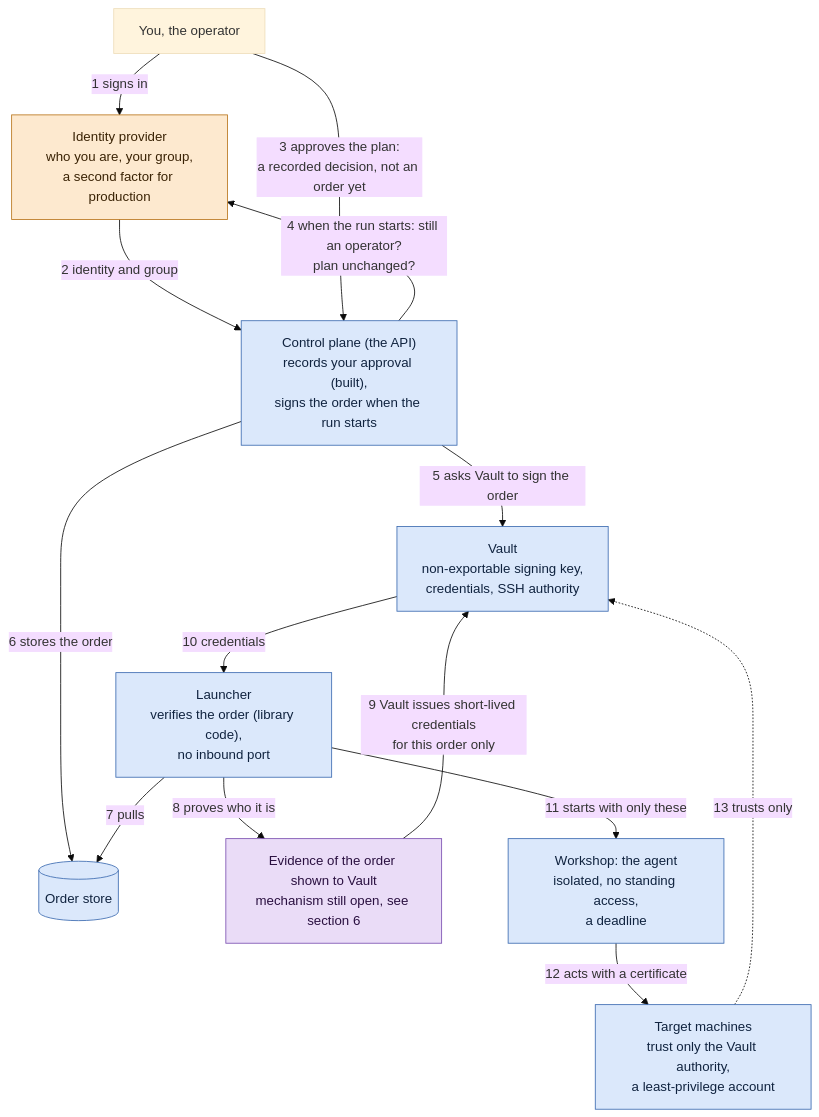
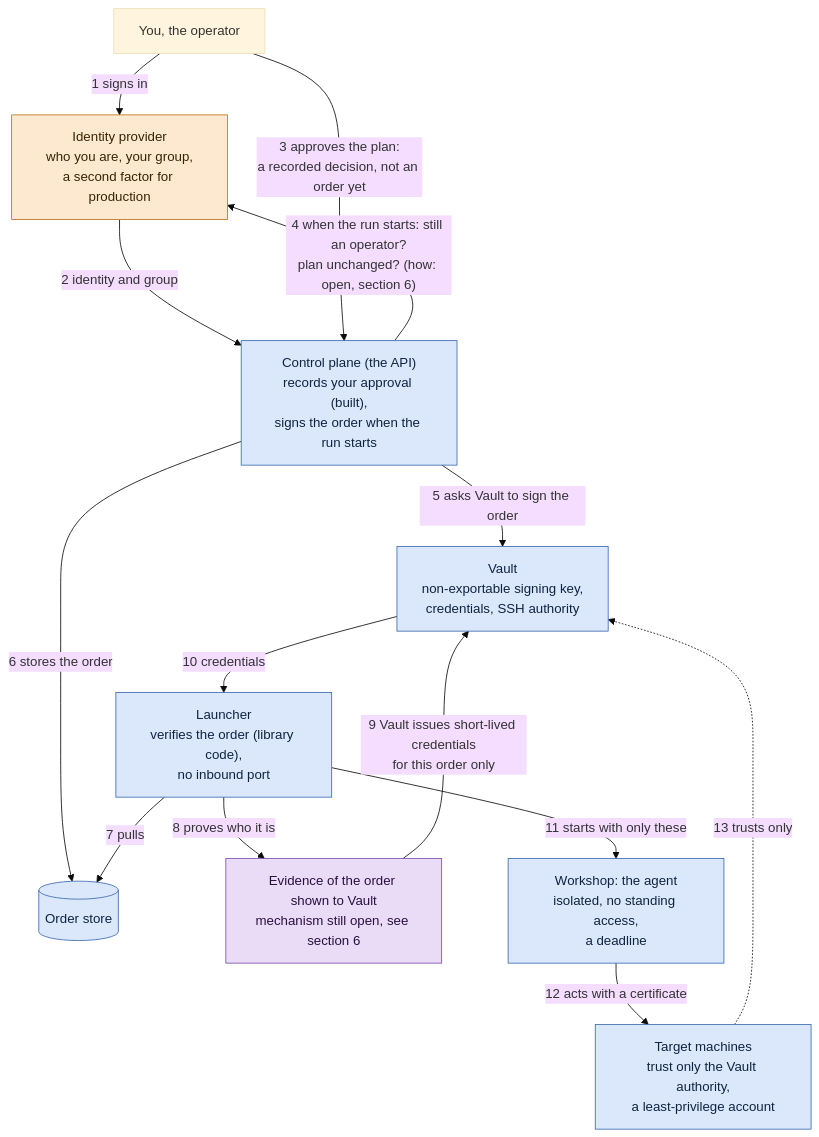
One commit to MafLabs38/orchestrarr changed the first of 4 diagrams in docs/security-model.md. Above: the diagram before and after it, drawn with Mermaid (base theme). The commit also changed other lines of this file, not shown here.

````diff
--- a/docs/security-model.md
+++ b/docs/security-model.md
@@ -36,30 +38,30 @@
 ```mermaid
 flowchart TB
   person["You, the operator"]
   kc["Identity provider<br/>who you are, your group,<br/>a second factor for production"]:::review
   cp["Control plane (the API)<br/>records your approval (built),<br/>signs the order when the run starts"]:::decided
   vault["Vault<br/>non-exportable signing key,<br/>credentials, SSH authority"]:::decided
   store[("Order store")]:::decided
   launcher["Launcher<br/>verifies the order (library code),<br/>no inbound port"]:::decided
   evidence["Evidence of the order shown to Vault<br/>mechanism still open, see section 6"]:::proposed
   shop["Workshop: the agent<br/>isolated, no standing access,<br/>a deadline"]:::decided
   target["Target machines<br/>trust only the Vault authority,<br/>a least-privilege account"]:::decided
 
   person -->|"1 signs in"| kc
   kc -->|"2 identity and group"| cp
   person -->|"3 approves the plan:<br/>a recorded decision, not an order yet"| cp
-  cp -->|"4 when the run starts: still an operator?<br/>plan unchanged?"| kc
+  cp -->|"4 when the run starts: still an operator?<br/>plan unchanged? (how: open, section 6)"| kc
   cp -->|"5 asks Vault to sign the order"| vault
   cp -->|"6 stores the order"| store
   launcher -->|"7 pulls"| store
   launcher -->|"8 proves who it is"| evidence
   evidence -->|"9 Vault issues short-lived credentials<br/>for this order only"| vault
   vault -->|"10 credentials"| launcher
   launcher -->|"11 starts with only these"| shop
   shop -->|"12 acts with a certificate"| target
   target -.->|"13 trusts only"| vault
 
   classDef review fill:#fde9cf,stroke:#b8741a,color:#3a2305
   classDef decided fill:#dbe8fb,stroke:#3b6ab0,color:#10233f
   classDef proposed fill:#eadcf7,stroke:#7a4fb0,color:#2a1040
 ```
````
